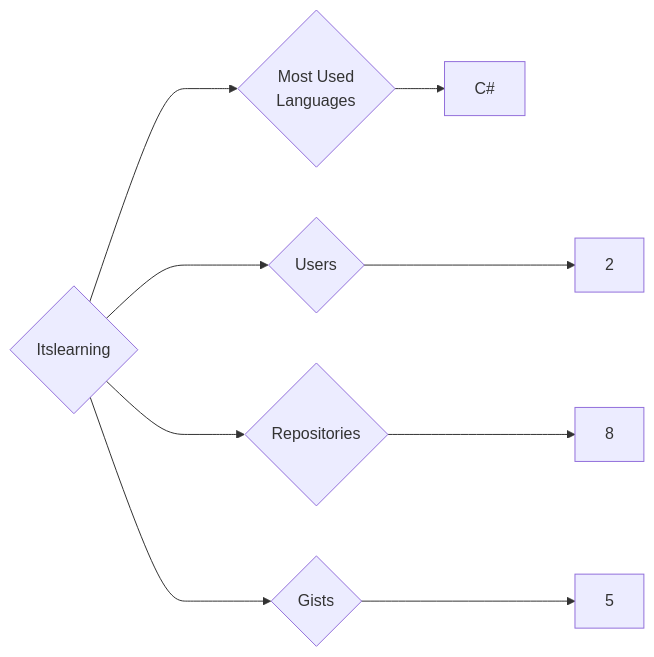
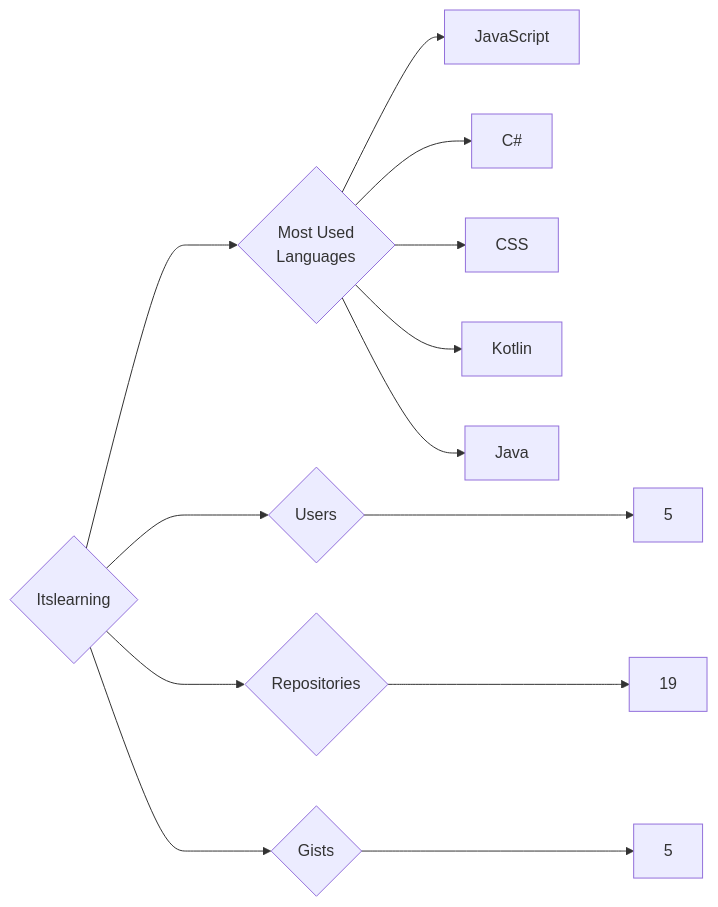
Before and after one commit to trickest/insiders: the diagram in targets/Itslearning/README.md, drawn with Mermaid. The commit also changed 724 other files, not shown here.

````diff
--- a/targets/Itslearning/README.md
+++ b/targets/Itslearning/README.md
@@ -3,9 +3,13 @@
 ```mermaid
 graph LR
 COMPANY_NAME{Itslearning}
-COMPANY_NAME ---> U{Users} ---> UN[2]
-COMPANY_NAME ---> R{Repositories} ---> RN[8]
+COMPANY_NAME ---> U{Users} ---> UN[5]
+COMPANY_NAME ---> R{Repositories} ---> RN[19]
 COMPANY_NAME ---> G{Gists} ---> GN[5]
 COMPANY_NAME ---> ML{Most Used<br>Languages}
+ML --> JavaScript[JavaScript]
 ML --> C#[C#]
+ML --> CSS[CSS]
+ML --> Kotlin[Kotlin]
+ML --> Java[Java]
 ```
````
